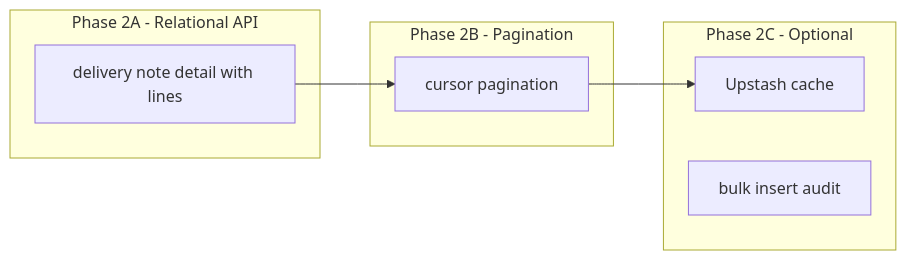
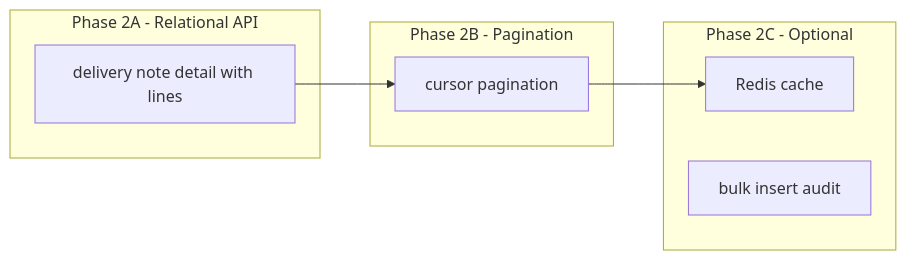
Before and after one commit to pohlai88/AFENA-TEMPLATE: the second of 2 diagrams in .cursor/plans/db.architecture.md, drawn with Mermaid. The commit also changed other lines of this file and 36 other files, not shown here.

First line of the commit message:
chore: DB architecture gap closure, retry patterns, orphan cleanup

````diff
--- a/.cursor/plans/db.architecture.md
+++ b/.cursor/plans/db.architecture.md
@@ -758,15 +763,15 @@
 ```mermaid
 flowchart LR
     subgraph Phase2A [Phase 2A - Relational API]
         A[delivery note detail with lines]
     end
     subgraph Phase2B [Phase 2B - Pagination]
         B[cursor pagination]
     end
     subgraph Phase2C [Phase 2C - Optional]
-        C[Upstash cache]
+        C[Redis cache]
         D[bulk insert audit]
     end
     A --> B
     B --> C
 ```
````
